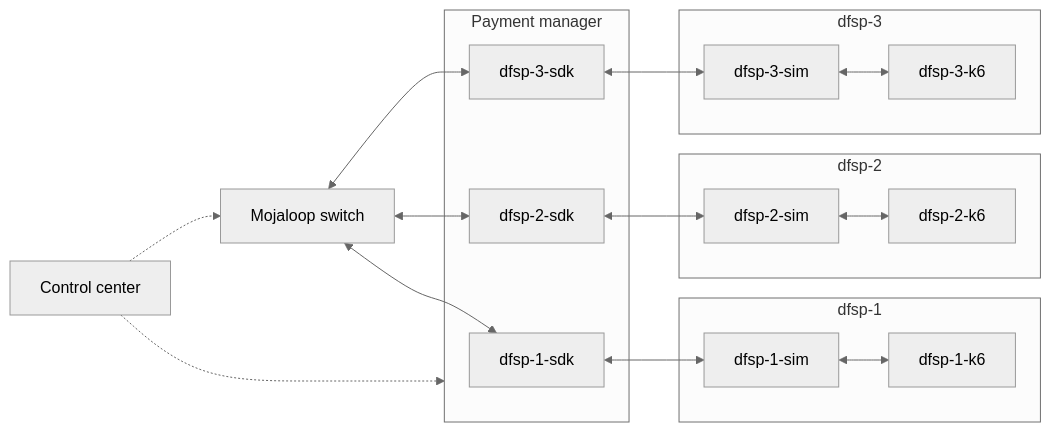
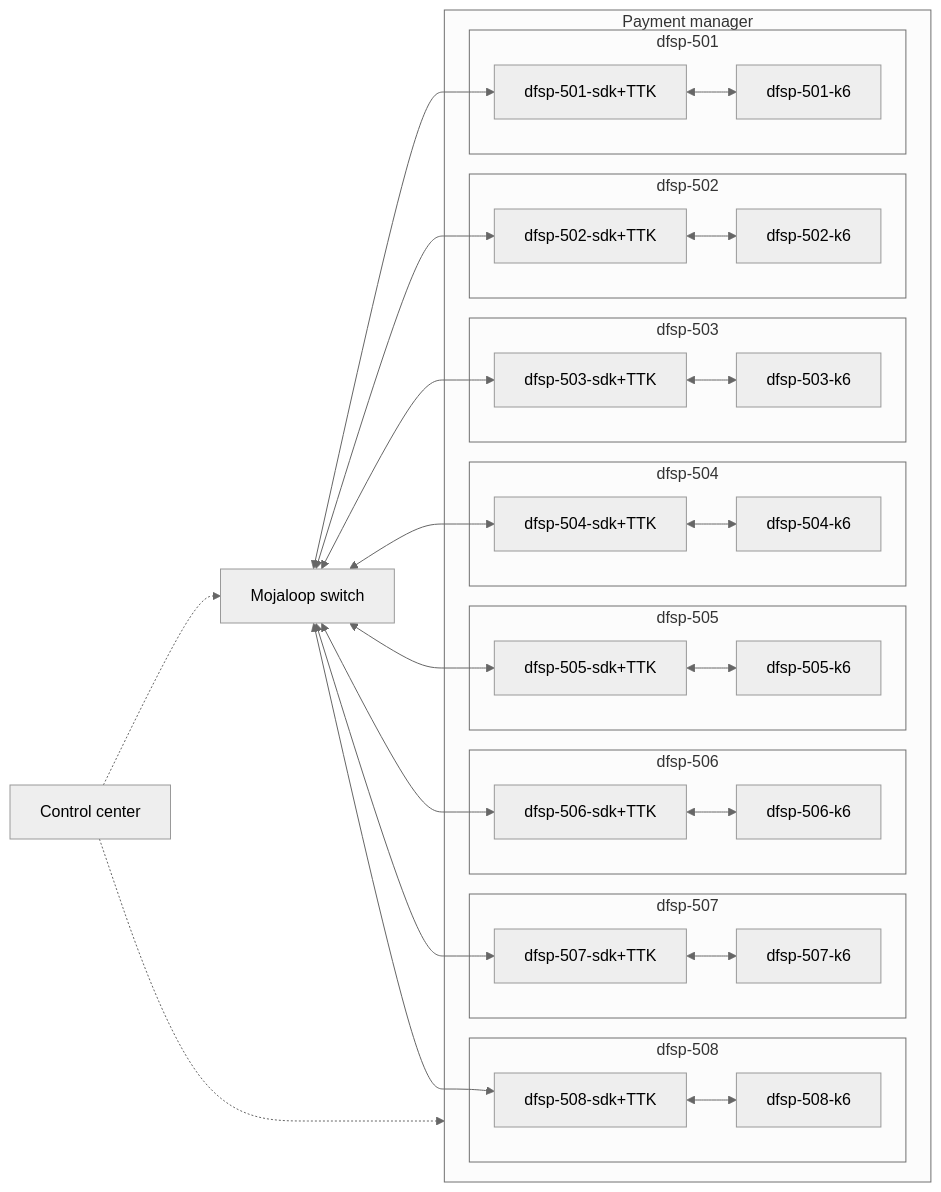
Before and after one commit to mojaloop/ml-perf-whitepaper-ws: the diagram in phases/02-infrastructure/README.md, drawn with Mermaid (neutral theme). The commit also changed other lines of this file and 6 other files, not shown here.

````diff
--- a/phases/02-infrastructure/README.md
+++ b/phases/02-infrastructure/README.md
@@ -16,43 +16,79 @@
 ```mermaid
 graph LR
   cc[Control center]
   sw[Mojaloop switch]
   
 
   subgraph pm [Payment manager]
-    dfsp-1-sdk
-    dfsp-2-sdk
-    dfsp-3-sdk
+    
+    subgraph dfsp-501
+      dfsp-501-sdk+TTK
+      dfsp-501-k6
+    end 
+
+    subgraph dfsp-502
+      dfsp-502-sdk+TTK
+      dfsp-502-k6
+    end 
+
+    subgraph dfsp-503
+      dfsp-503-sdk+TTK
+      dfsp-503-k6
+    end 
+  
+      subgraph dfsp-504
+      dfsp-504-sdk+TTK
+      dfsp-504-k6
+    end 
+
+    subgraph dfsp-505
+      dfsp-505-sdk+TTK
+      dfsp-505-k6
+    end 
+
+    subgraph dfsp-506
+      dfsp-506-sdk+TTK
+      dfsp-506-k6
+    end 
+
+    subgraph dfsp-507
+      dfsp-507-sdk+TTK
+      dfsp-507-k6
+    end 
+
+    subgraph dfsp-508
+      dfsp-508-sdk+TTK
+      dfsp-508-k6
+    end 
+
   end
 
-subgraph dfsp-1
-  dfsp-1-sim
-  dfsp-1-k6
-end 
 
-subgraph dfsp-2
-  dfsp-2-sim
-  dfsp-2-k6
-end 
-
-subgraph dfsp-3
-  dfsp-3-sim
-  dfsp-3-k6
-end 
 
   cc .-> sw
   cc .-> pm
 
-  sw <--> dfsp-1-sdk
-  dfsp-1-sdk <--> dfsp-1-sim
-  dfsp-1-sim <--> dfsp-1-k6
+  sw <--> dfsp-501-sdk+TTK
+  dfsp-501-sdk+TTK <--> dfsp-501-k6
 
-  sw <--> dfsp-2-sdk
-  dfsp-2-sdk <--> dfsp-2-sim
-  dfsp-2-sim <--> dfsp-2-k6
+  sw <--> dfsp-502-sdk+TTK
+  dfsp-502-sdk+TTK <-->  dfsp-502-k6
 
-  sw <--> dfsp-3-sdk
-  dfsp-3-sdk <--> dfsp-3-sim
-  dfsp-3-sim <--> dfsp-3-k6
+  sw <--> dfsp-503-sdk+TTK
+  dfsp-503-sdk+TTK <--> dfsp-503-k6
 
+    sw <--> dfsp-504-sdk+TTK
+  dfsp-504-sdk+TTK <--> dfsp-504-k6
+
+  sw <--> dfsp-505-sdk+TTK
+  dfsp-505-sdk+TTK <-->  dfsp-505-k6
+
+  sw <--> dfsp-506-sdk+TTK
+  dfsp-506-sdk+TTK <--> dfsp-506-k6
+
+  sw <--> dfsp-507-sdk+TTK
+  dfsp-507-sdk+TTK <-->  dfsp-507-k6
+
+  sw <--> dfsp-508-sdk+TTK
+  dfsp-508-sdk+TTK <--> dfsp-508-k6
 ```
````
